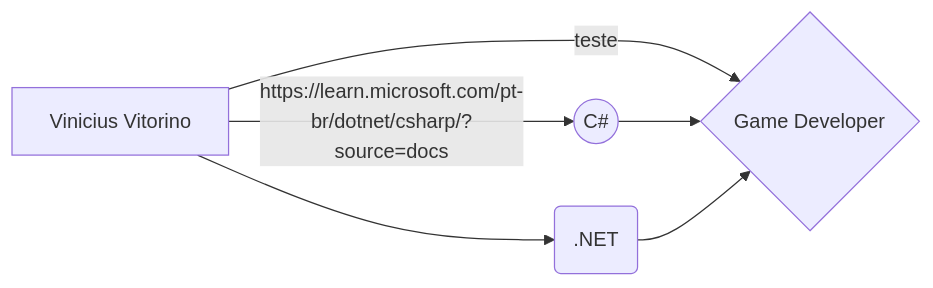
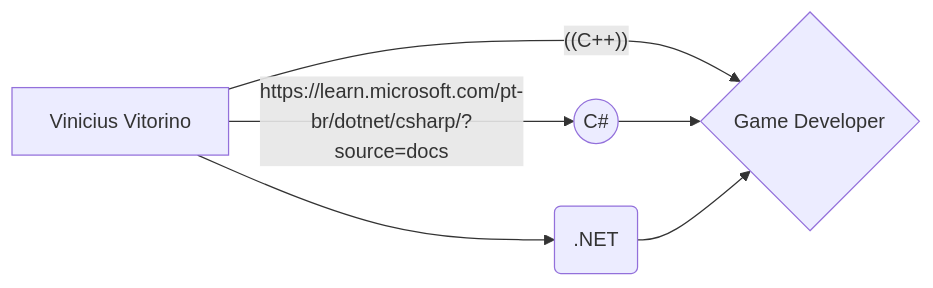
Before and after one commit to ViniciusVitorinoSantos/EstudosCS: the diagram in README.md, drawn with Mermaid.

````diff
--- a/README.md
+++ b/README.md
@@ -4,8 +4,8 @@
 ```mermaid
 graph LR
 A[Vinicius Vitorino] -- https://learn.microsoft.com/pt-br/dotnet/csharp/?source=docs --> B((C#))
 A --> C(.NET)
-A --teste--> D
+A --((C++))--> D
 B --> D{Game Developer}
 C --> D
 ```
````
